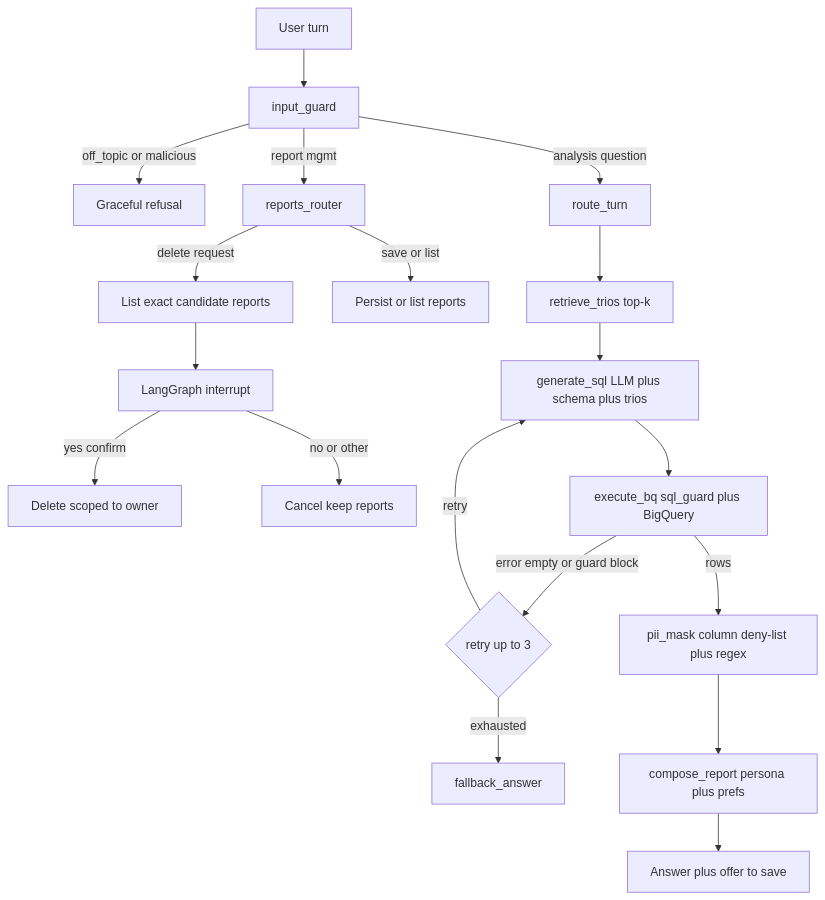
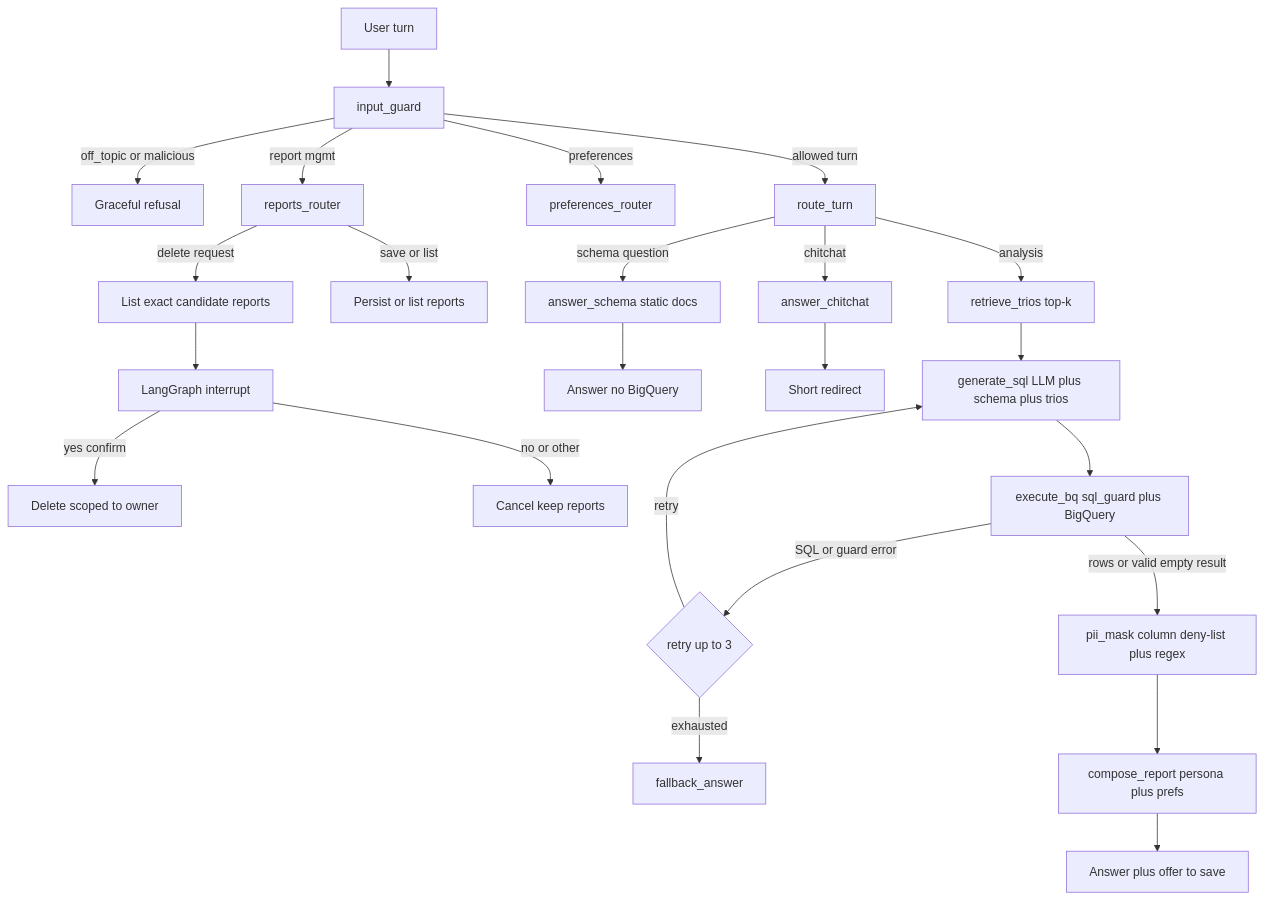
Before and after one commit to webboy/opsfleet-retail-company-ai: the second of 3 diagrams in docs/ARCHITECTURE.md, drawn with Mermaid. The commit also changed other lines of this file and 12 other files, not shown here.

````diff
--- a/docs/ARCHITECTURE.md
+++ b/docs/ARCHITECTURE.md
@@ -129,21 +129,26 @@
 ```mermaid
 flowchart TD
     Turn[User turn] --> Guard[input_guard]
     Guard -->|off_topic or malicious| Refuse[Graceful refusal]
     Guard -->|report mgmt| RepRoute[reports_router]
     RepRoute -->|delete request| ListCandidates[List exact candidate reports]
     ListCandidates --> Interrupt[LangGraph interrupt]
     Interrupt -->|yes confirm| DeleteOwn[Delete scoped to owner]
     Interrupt -->|no or other| Cancel[Cancel keep reports]
     RepRoute -->|save or list| RepAction[Persist or list reports]
-    Guard -->|analysis question| RouteTurn[route_turn]
-    RouteTurn --> Retrieve[retrieve_trios top-k]
+    Guard -->|preferences| PrefsRoute[preferences_router]
+    Guard -->|allowed turn| RouteTurn[route_turn]
+    RouteTurn -->|schema question| SchemaAns[answer_schema static docs]
+    RouteTurn -->|chitchat| ChitChat[answer_chitchat]
+    RouteTurn -->|analysis| Retrieve[retrieve_trios top-k]
+    SchemaAns --> OutSchema[Answer no BigQuery]
+    ChitChat --> OutChat[Short redirect]
     Retrieve --> SQLGen[generate_sql LLM plus schema plus trios]
     SQLGen --> Exec[execute_bq sql_guard plus BigQuery]
-    Exec -->|error empty or guard block| Heal{retry up to 3}
+    Exec -->|SQL or guard error| Heal{retry up to 3}
     Heal -->|retry| SQLGen
     Heal -->|exhausted| Apology[fallback_answer]
-    Exec -->|rows| Mask[pii_mask column deny-list plus regex]
+    Exec -->|rows or valid empty result| Mask[pii_mask column deny-list plus regex]
     Mask --> Report[compose_report persona plus prefs]
     Report --> Out[Answer plus offer to save]
 ```
````
